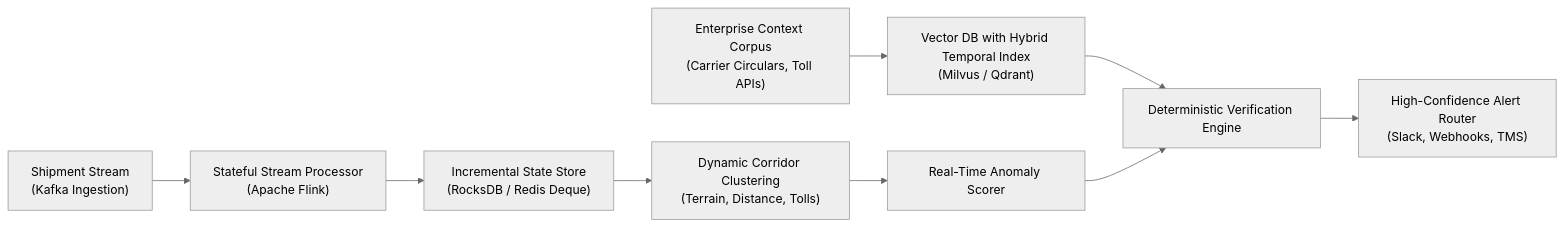
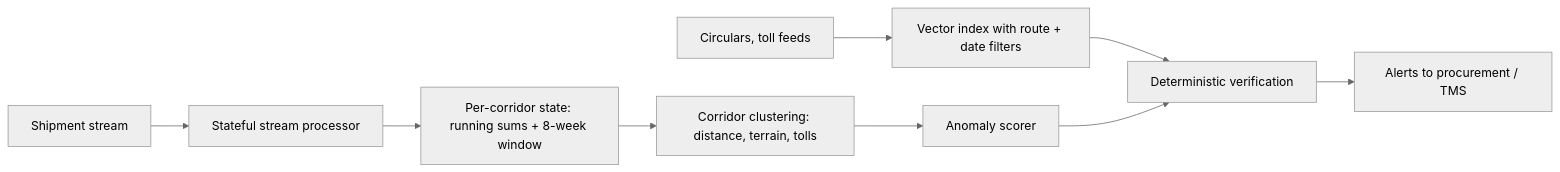
The second of 2 diagrams in README.md (shreysherikar/freight-tiger-cost-anomaly-assistant), drawn with Mermaid (neutral theme) before and after one commit. The commit also changed other lines of this file and 2 other files, not shown here.

````diff
--- a/README.md
+++ b/README.md
@@ -380,11 +338,11 @@
 ```mermaid
 flowchart LR
-    A["Shipment Stream<br/>(Kafka Ingestion)"] --> B["Stateful Stream Processor<br/>(Apache Flink)"]
-    B --> C["Incremental State Store<br/>(RocksDB / Redis Deque)"]
-    C --> D["Dynamic Corridor Clustering<br/>(Terrain, Distance, Tolls)"]
-    D --> E["Real-Time Anomaly Scorer"]
-    F["Enterprise Context Corpus<br/>(Carrier Circulars, Toll APIs)"] --> G["Vector DB with Hybrid Temporal Index<br/>(Milvus / Qdrant)"]
-    G --> H["Deterministic Verification Engine"]
+    A["Shipment stream"] --> B["Stateful stream processor"]
+    B --> C["Per-corridor state: running sums + 8-week window"]
+    C --> D["Corridor clustering: distance, terrain, tolls"]
+    D --> E["Anomaly scorer"]
+    F["Circulars, toll feeds"] --> G["Vector index with route + date filters"]
+    G --> H["Deterministic verification"]
     E --> H
-    H --> I["High-Confidence Alert Router<br/>(Slack, Webhooks, TMS)"]
+    H --> I["Alerts to procurement / TMS"]
 ```
````
